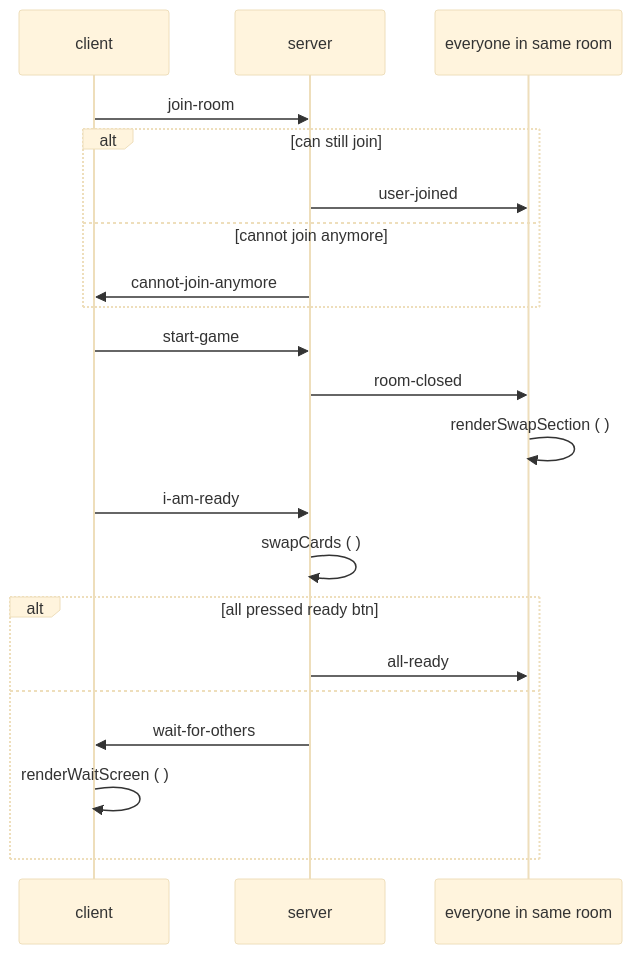
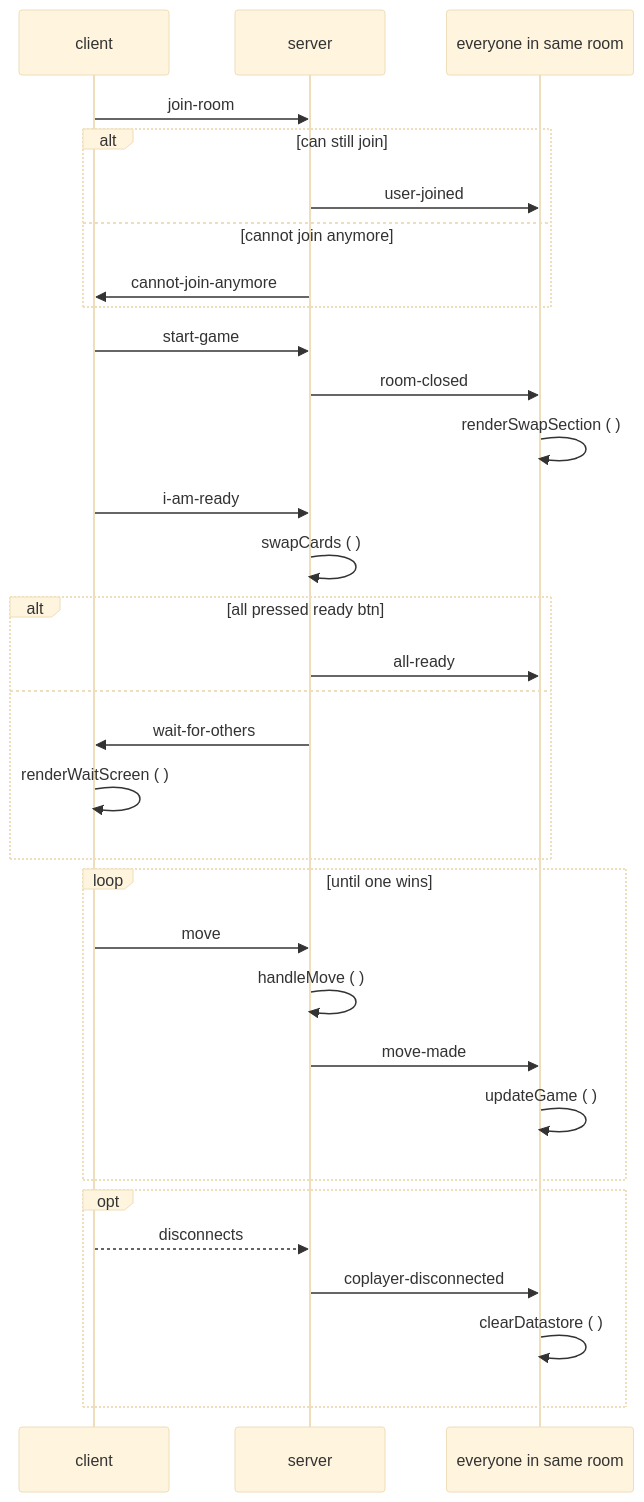
The diagram in websockets-workflow.md (jaads/A-nice-card-game), drawn with Mermaid (base theme) before and after one commit. The commit also changed 1 other file, not shown here.

````diff
--- a/websockets-workflow.md
+++ b/websockets-workflow.md
@@ -1,24 +1,35 @@
 ```mermaid
 sequenceDiagram
     participant c as client
     participant s as server
     participant r as everyone in same room
 
     c ->> s: join-room
     alt can still join
         s->>r: user-joined
     else cannot join anymore
         s->>c: cannot-join-anymore
     end
     c ->> s: start-game
     s ->> r: room-closed
     r ->> r: renderSwapSection ( )
     c ->> s: i-am-ready
     s ->> s: swapCards ( )
     alt all pressed ready btn
         s ->> r: all-ready
     else
         s ->> c: wait-for-others
         c ->> c: renderWaitScreen ( )
     end
+    loop until one wins
+        c ->> s: move
+        s ->> s: handleMove ( )
+        s ->> r: move-made
+        r ->> r: updateGame ( )
+    end
+    opt
+        c -->> s: disconnects
+        s ->> r: coplayer-disconnected
+        r ->> r: clearDatastore ( )
+    end
 ```
````
